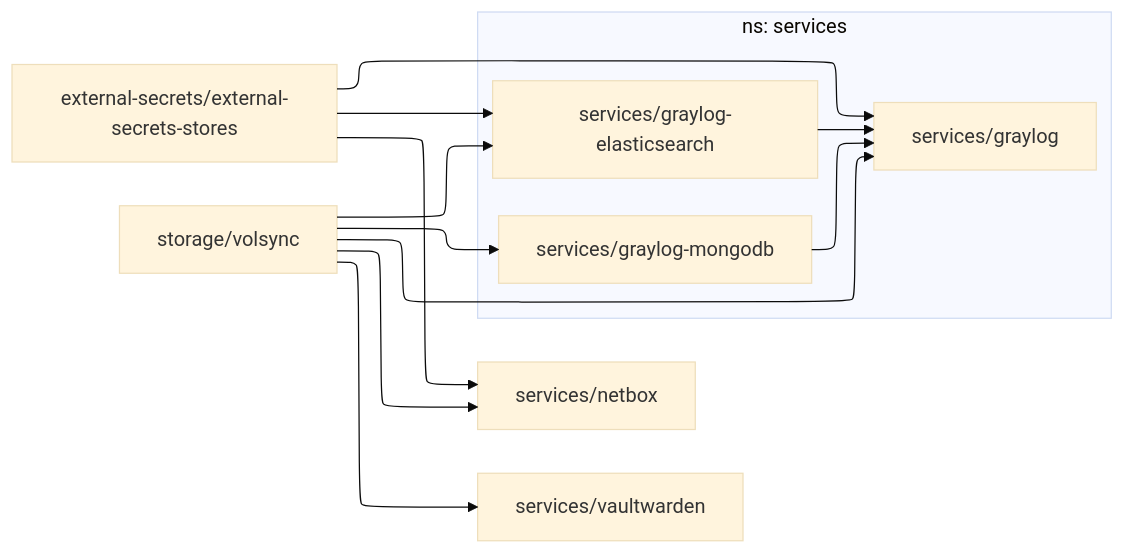
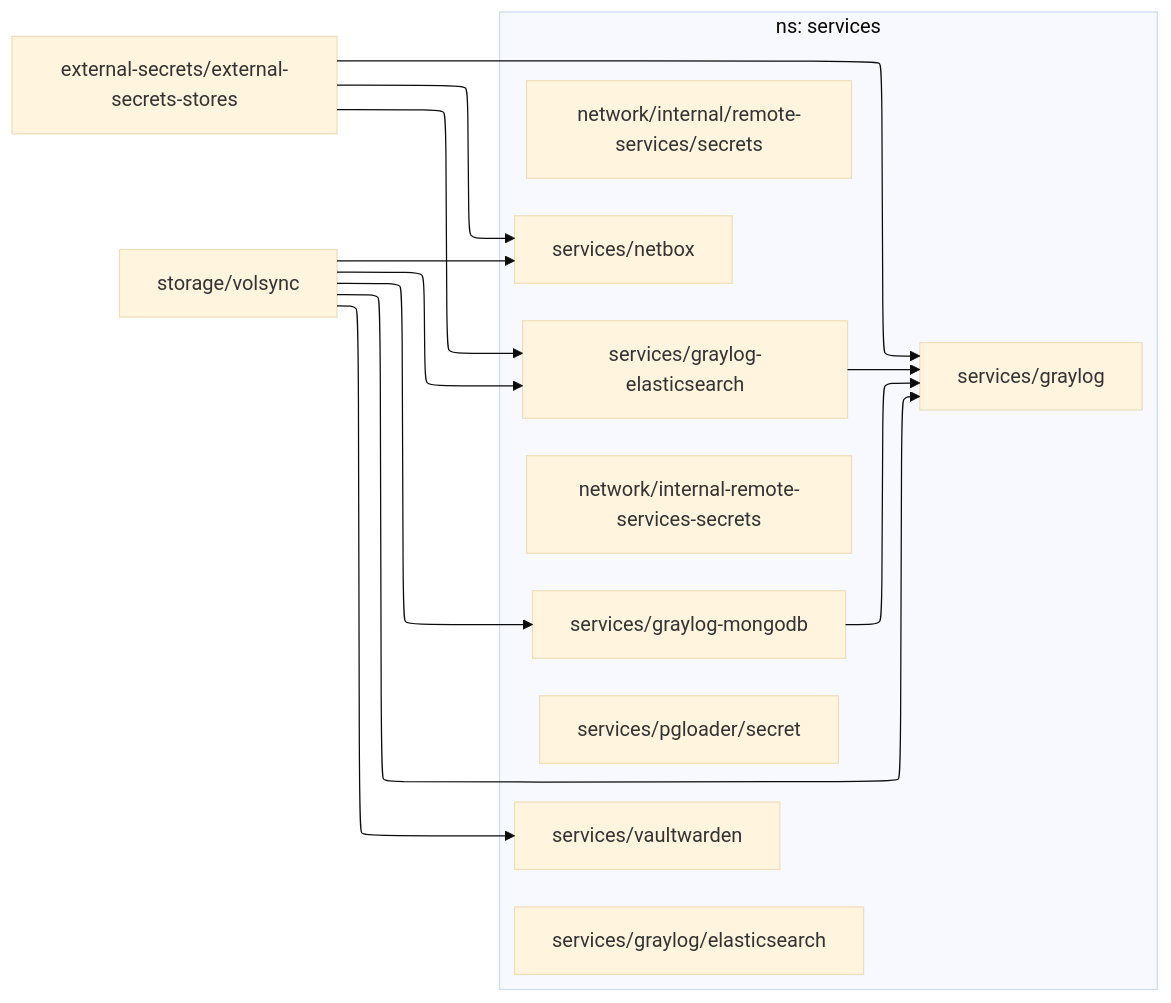
One commit to roblandry/home-ops changed the diagram in dependencies/DEPENDENCIES-services.md. Above: the diagram before and after it, drawn with Mermaid (base theme). The commit also changed 23 other files, not shown here.

````diff
--- a/dependencies/DEPENDENCIES-services.md
+++ b/dependencies/DEPENDENCIES-services.md
@@ -1,20 +1,27 @@
 ```mermaid
 ---
 config:
   layout: elk
 ---
 flowchart LR
 
   subgraph "ns: services"
+    network/internal-remote-services-secrets
+    network/internal/remote-services/secrets
+    services/graylog
+    services/graylog/elasticsearch
+    services/netbox
+    services/pgloader/secret
+    services/vaultwarden
     services/graylog-elasticsearch --> services/graylog
     services/graylog-mongodb --> services/graylog
   end
   external-secrets/external-secrets-stores --> services/graylog
   external-secrets/external-secrets-stores --> services/graylog-elasticsearch
   external-secrets/external-secrets-stores --> services/netbox
   storage/volsync --> services/graylog
   storage/volsync --> services/graylog-elasticsearch
   storage/volsync --> services/graylog-mongodb
   storage/volsync --> services/netbox
   storage/volsync --> services/vaultwarden
 ```
````
